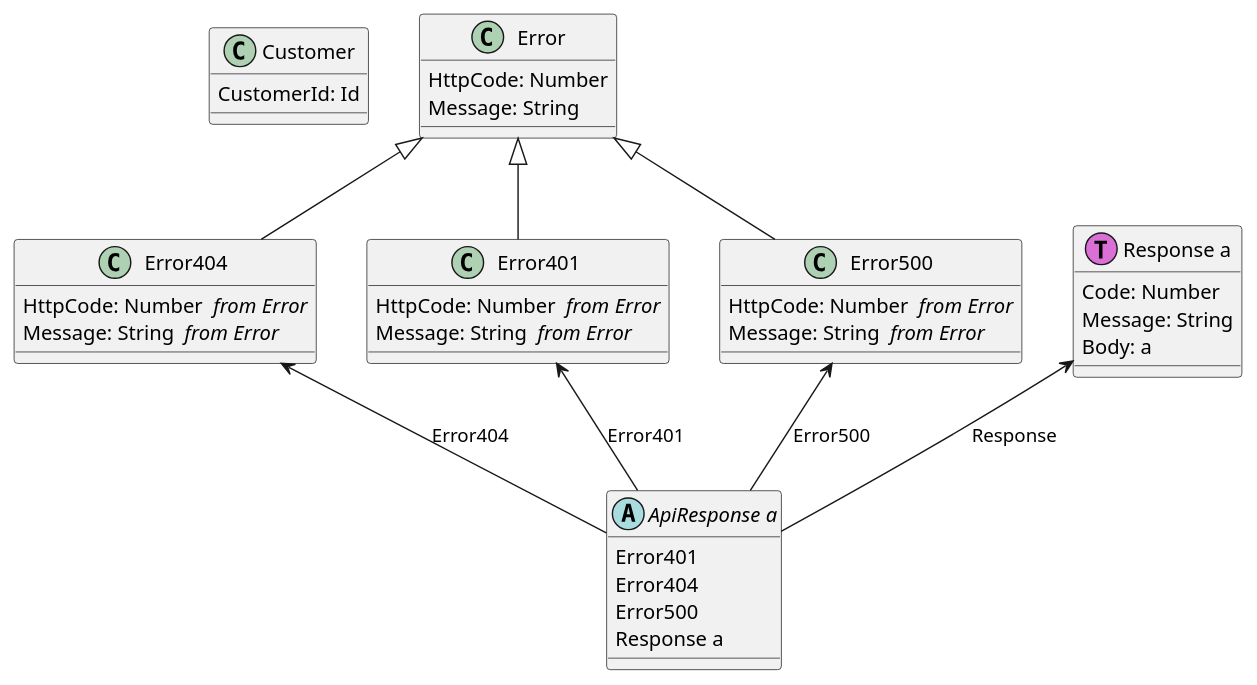
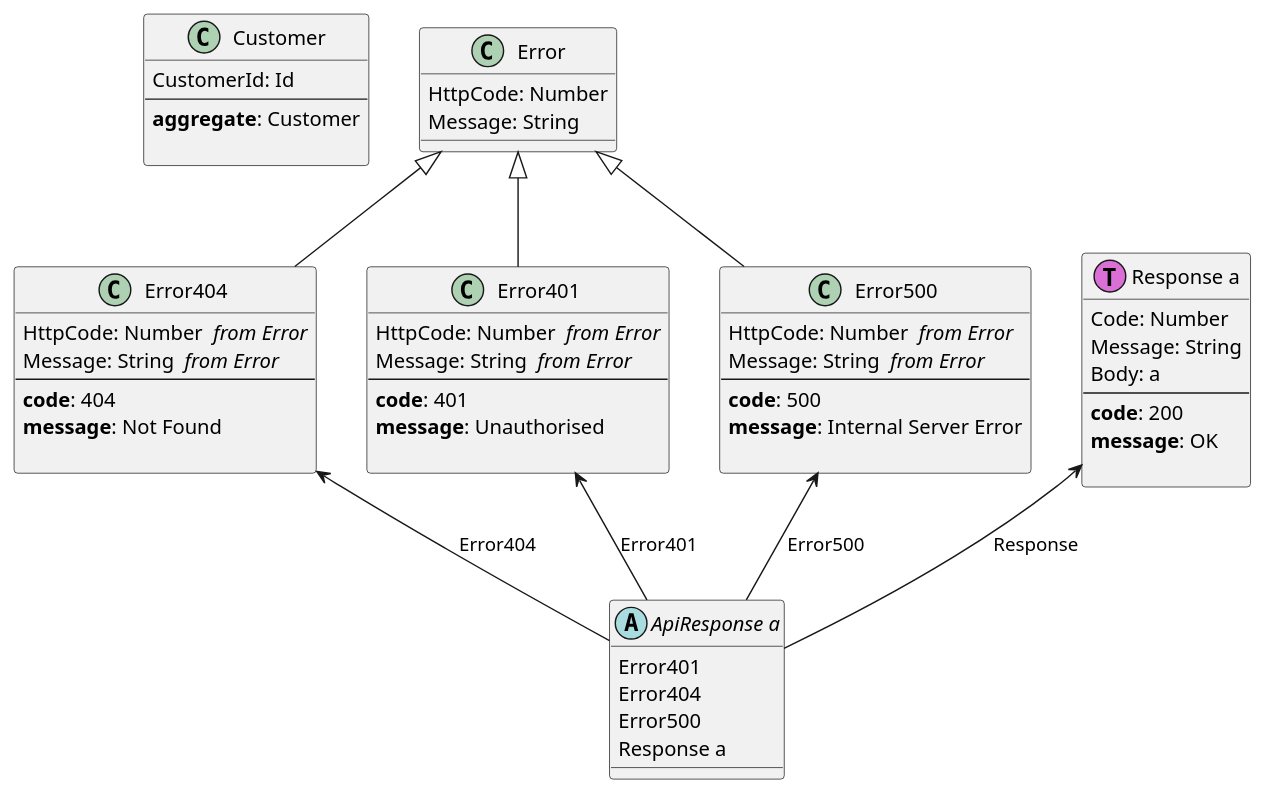
Before and after one commit to Baudin999/car-lang: the diagram in Examples/.out/v0.0.1/Request/Request.puml, drawn with PlantUML. The commit also changed 30 other files, not shown here.

```diff
--- a/Examples/.out/v0.0.1/Request/Request.puml
+++ b/Examples/.out/v0.0.1/Request/Request.puml
@@ -1,37 +1,56 @@
 class "Customer" as Customer  {
 	CustomerId: Id 
+--
+  <b>aggregate</b>: Customer
+    
 }
 class "Error" as Error  {
 	HttpCode: Number 
 	Message: String 
 }
 class "Error404 " as Error404  {
 	HttpCode: Number  <i>from Error</i>
 	Message: String  <i>from Error</i>
+--
+  <b>code</b>: 404
+<b>message</b>: Not Found
+    
 }
 Error <|-- Error404
 class "Error401 " as Error401  {
 	HttpCode: Number  <i>from Error</i>
 	Message: String  <i>from Error</i>
+--
+  <b>code</b>: 401
+<b>message</b>: Unauthorised
+    
 }
 Error <|-- Error401
 class "Error500 " as Error500  {
 	HttpCode: Number  <i>from Error</i>
 	Message: String  <i>from Error</i>
+--
+  <b>code</b>: 500
+<b>message</b>: Internal Server Error
+    
 }
 Error <|-- Error500
 class "Response a" as Response << (T,orchid) >> {
 	Code: Number 
 	Message: String 
 	Body: a 
+--
+  <b>code</b>: 200
+<b>message</b>: OK
+    
 }
 abstract "ApiResponse a" as ApiResponse {
 	Error401 
 	Error404 
 	Error500 
 	Response a
 }
 Error401 <-- ApiResponse : Error401
 Error404 <-- ApiResponse : Error404
 Error500 <-- ApiResponse : Error500
 Response <-- ApiResponse : Response
```
